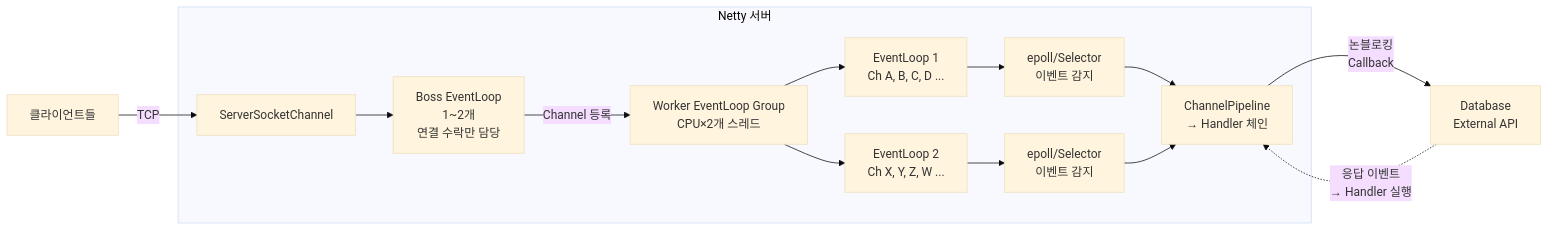
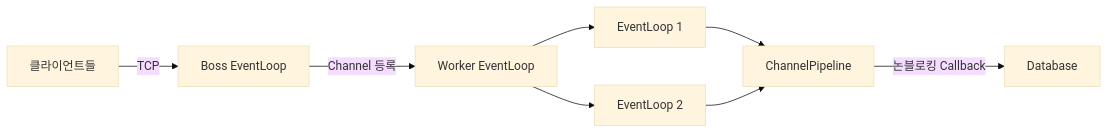
Diagram 12 of 12 in _posts/server/2026-05-01-tomcat-vs-netty.md (yjkim2015/yjkim2015.github.io), drawn with Mermaid (base theme) before and after one commit. The commit also changed other lines of this file and 84 other files, not shown here.

First line of the commit message:
85개 포스트 Mermaid 다이어그램 규칙 일괄 수정

````diff
--- a/_posts/server/2026-05-01-tomcat-vs-netty.md
+++ b/_posts/server/2026-05-01-tomcat-vs-netty.md
@@ -772,16 +748,10 @@
 ```mermaid
 graph LR
-    CLT["클라이언트들"] -->|"TCP"| SRV
-    subgraph Netty["Netty 서버"]
-        SRV["ServerSocketChannel"] --> BG["Boss EventLoop\n1~2개\n연결 수락만 담당"]
-        BG -->|"Channel 등록"| WG["Worker EventLoop Group\nCPU×2개 스레드"]
-        WG --> EL1["EventLoop 1\nCh A, B, C, D ..."]
-        WG --> EL2["EventLoop 2\nCh X, Y, Z, W ..."]
-        EL1 --> SEL1["epoll/Selector\n이벤트 감지"]
-        EL2 --> SEL2["epoll/Selector\n이벤트 감지"]
-        SEL1 --> PP["ChannelPipeline\n→ Handler 체인"]
-        SEL2 --> PP
-    end
-    PP -->|"논블로킹\nCallback"| EXT["Database\nExternal API"]
-    EXT -.->|"응답 이벤트\n→ Handler 실행"| PP
+    CLT["클라이언트들"] -->|"TCP"| BG["Boss EventLoop"]
+    BG -->|"Channel 등록"| WG["Worker EventLoop"]
+    WG --> EL1["EventLoop 1"]
+    WG --> EL2["EventLoop 2"]
+    EL1 --> PP["ChannelPipeline"]
+    EL2 --> PP
+    PP -->|"논블로킹 Callback"| EXT["Database"]
 ```
````
